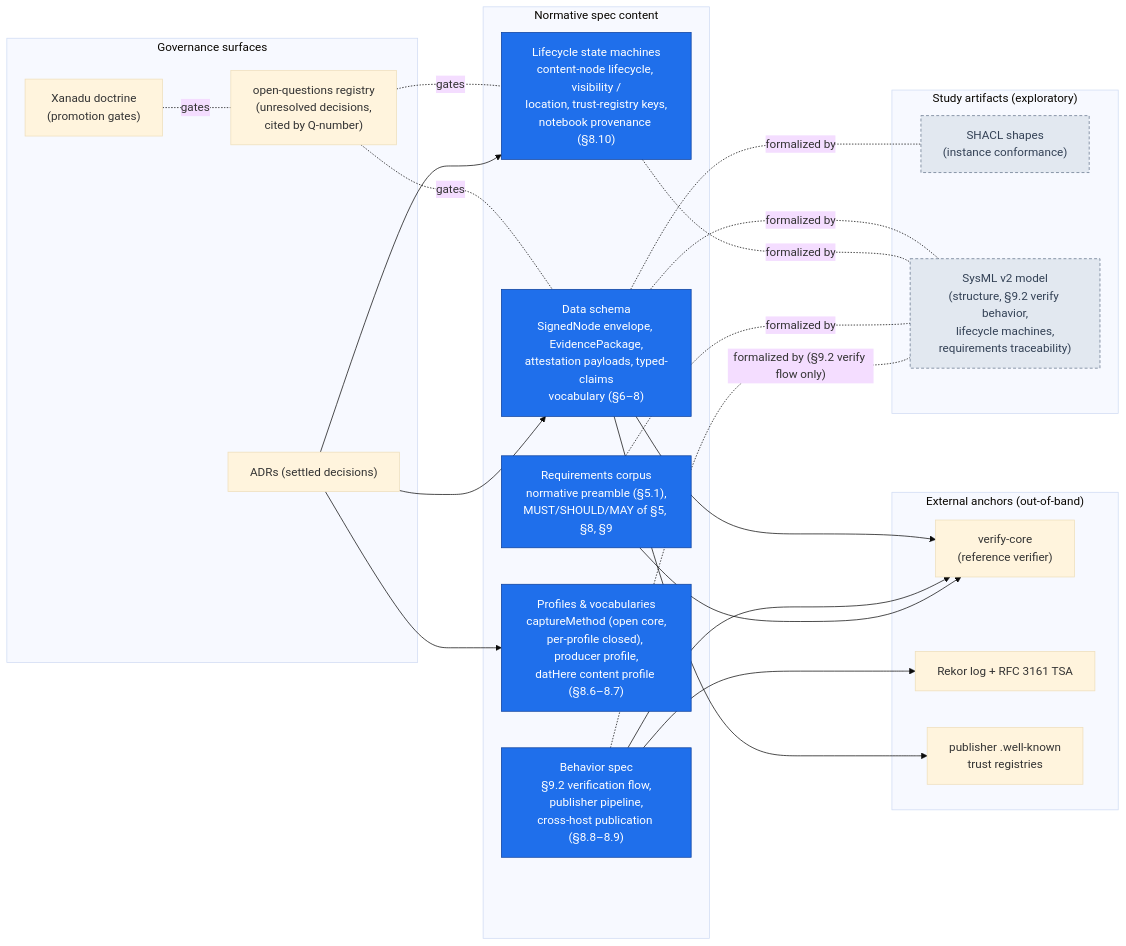
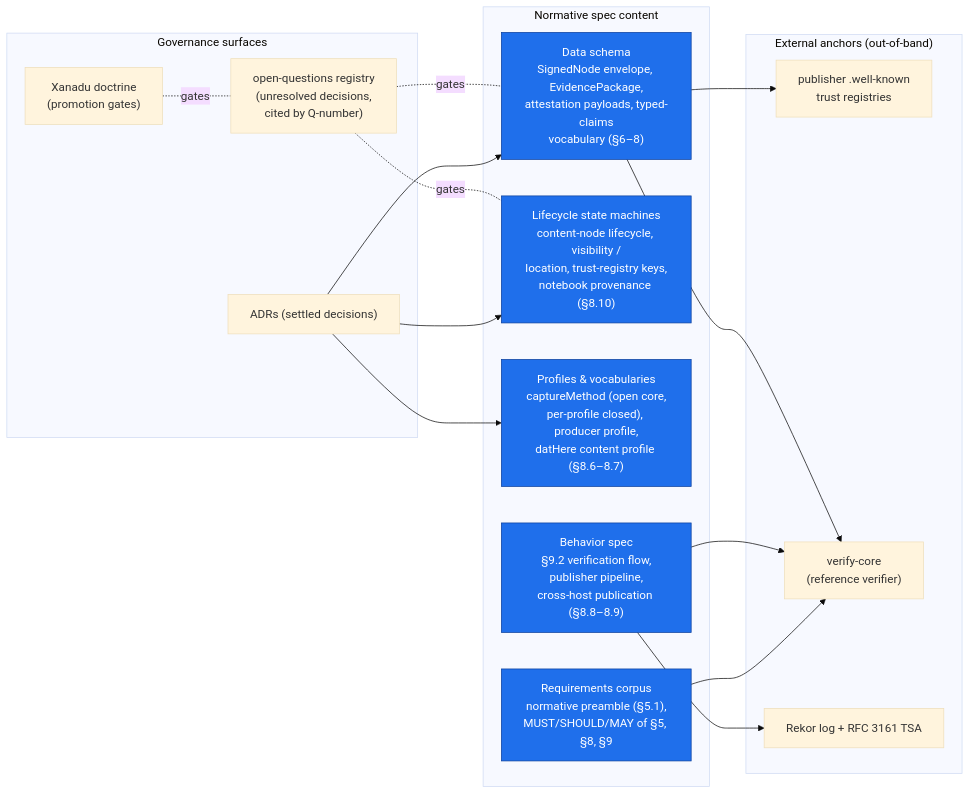
The fourth of 6 diagrams in research/05-typed-standards-spec-architecture-views.md (npstorey/civic-ai-tools), drawn with Mermaid (base theme) before and after one commit. The commit also changed other lines of this file, not shown here.

First line of the commit message:
research: de-tangle 05 logical and traceability diagrams

````diff
--- a/research/05-typed-standards-spec-architecture-views.md
+++ b/research/05-typed-standards-spec-architecture-views.md
@@ -114,40 +114,37 @@
 ```mermaid
 flowchart LR
+    subgraph Gov["Governance surfaces"]
+        OQ["open-questions registry<br/>(unresolved decisions,<br/>cited by Q-number)"]
+        ADR["ADRs (settled decisions)"]
+        XAN["Xanadu doctrine<br/>(promotion gates)"]
+    end
+
     subgraph Spec["Normative spec content"]
         SCHEMA["Data schema<br/>SignedNode envelope, EvidencePackage,<br/>attestation payloads, typed-claims<br/>vocabulary (§6–8)"]:::spec
-        BEHAV["Behavior spec<br/>§9.2 verification flow,<br/>publisher pipeline,<br/>cross-host publication (§8.8–8.9)"]:::spec
         LIFE["Lifecycle state machines<br/>content-node lifecycle, visibility /<br/>location, trust-registry keys,<br/>notebook provenance (§8.10)"]:::spec
         PROF["Profiles & vocabularies<br/>captureMethod (open core,<br/>per-profile closed), producer profile,<br/>datHere content profile (§8.6–8.7)"]:::spec
+        BEHAV["Behavior spec<br/>§9.2 verification flow,<br/>publisher pipeline,<br/>cross-host publication (§8.8–8.9)"]:::spec
         REQ["Requirements corpus<br/>normative preamble (§5.1),<br/>MUST/SHOULD/MAY of §5, §8, §9"]:::spec
     end
 
-    subgraph Gov["Governance surfaces"]
-        ADR["ADRs (settled decisions)"]
-        OQ["open-questions registry<br/>(unresolved decisions,<br/>cited by Q-number)"]
-        XAN["Xanadu doctrine<br/>(promotion gates)"]
+    subgraph Ext["External anchors (out-of-band)"]
+        TREG["publisher .well-known<br/>trust registries"]
+        VC["verify-core<br/>(reference verifier)"]
+        REK["Rekor log + RFC 3161 TSA"]
     end
 
-    subgraph Ext["External anchors (out-of-band)"]
-        VC["verify-core<br/>(reference verifier)"]
-        REK["Rekor log + RFC 3161 TSA"]
-        TREG["publisher .well-known<br/>trust registries"]
-    end
+    XAN -.gates.- OQ
+    OQ -.gates.- SCHEMA
+    OQ -.gates.- LIFE
+    ADR --> SCHEMA
+    ADR --> LIFE
+    ADR --> PROF
 
-    subgraph Study["Study artifacts (exploratory)"]
-        SHACL["SHACL shapes<br/>(instance conformance)"]:::study
-        SYSML["SysML v2 model<br/>(structure, §9.2 verify behavior,<br/>lifecycle machines,<br/>requirements traceability)"]:::study
-    end
-
-    SCHEMA --> VC & TREG
-    BEHAV --> VC & REK
+    SCHEMA --> TREG
+    SCHEMA --> VC
+    BEHAV --> VC
+    BEHAV --> REK
     REQ --> VC
-    OQ -.gates.- SCHEMA & LIFE
-    ADR --> SCHEMA & LIFE & PROF
-    XAN -.gates.- OQ
-    SCHEMA -.formalized by.- SHACL & SYSML
-    LIFE & REQ -.formalized by.- SYSML
-    BEHAV -."formalized by (§9.2 verify flow only)".- SYSML
 
     classDef spec fill:#1f6feb,stroke:#0d419d,color:#ffffff
-    classDef study fill:#e2e8f0,stroke:#64748b,color:#334155,stroke-dasharray:4 3
 ```
````
